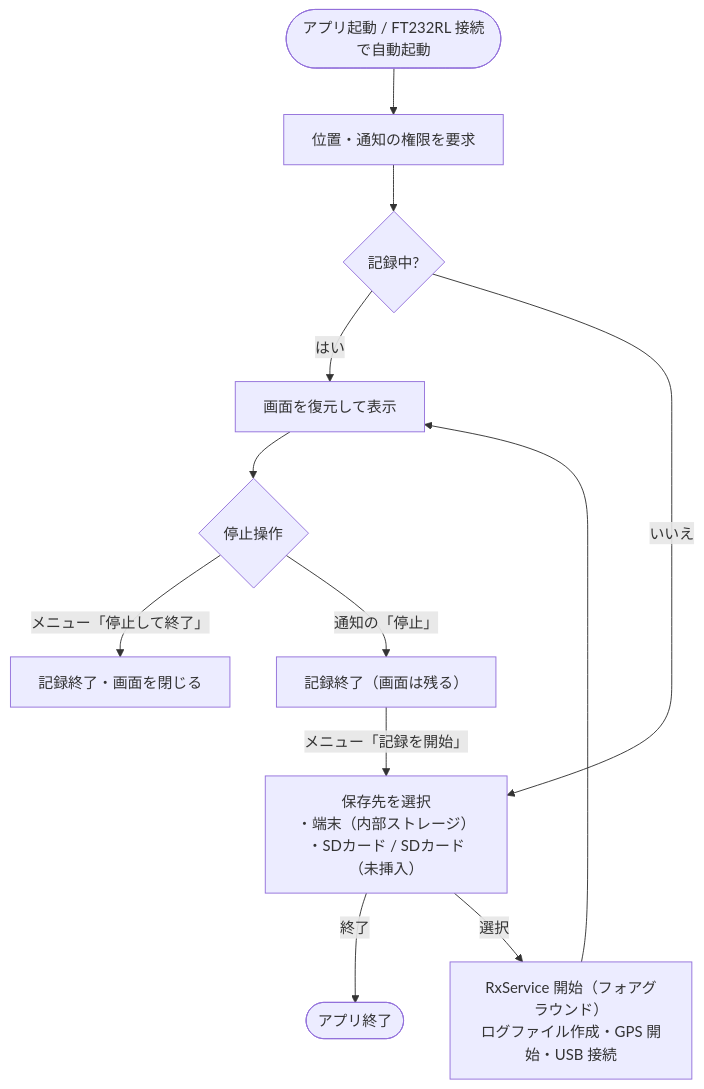
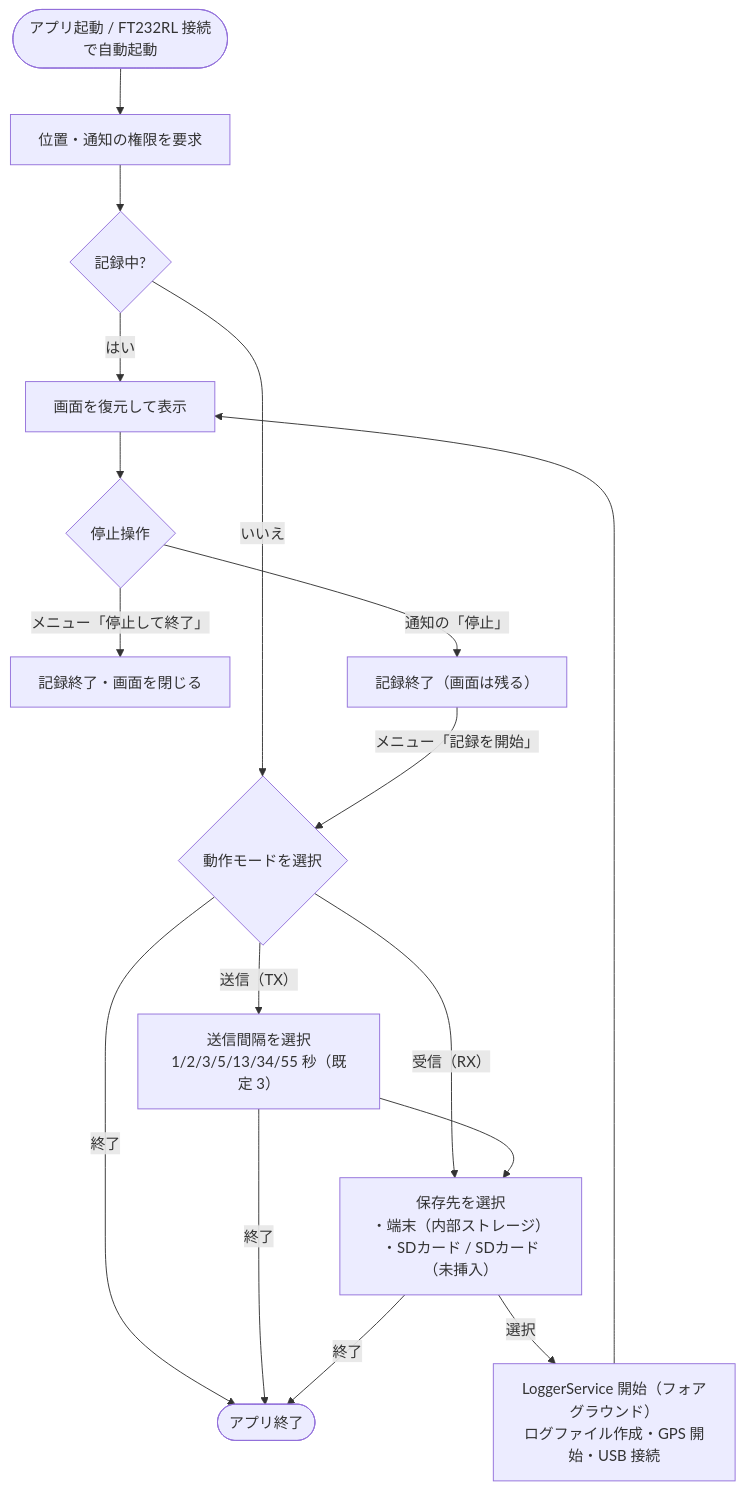
One commit to saikun/S220 changed the diagram in S220/docs/specification.md. Above: the diagram before and after it, drawn with Mermaid. The commit also changed other lines of this file and 17 other files, not shown here.

````diff
--- a/S220/docs/specification.md
+++ b/S220/docs/specification.md
@@ -155,14 +155,19 @@
 ```mermaid
 flowchart TD
     A([アプリ起動 / FT232RL 接続で自動起動]) --> B[位置・通知の権限を要求]
     B --> C{記録中?}
     C -- はい --> V[画面を復元して表示]
-    C -- いいえ --> D["保存先を選択<br/>・端末（内部ストレージ）<br/>・SDカード / SDカード（未挿入）"]
+    C -- いいえ --> M{"動作モードを選択"}
+    M -- "受信（RX）" --> D["保存先を選択<br/>・端末（内部ストレージ）<br/>・SDカード / SDカード（未挿入）"]
+    M -- "送信（TX）" --> I["送信間隔を選択<br/>1/2/3/5/13/34/55 秒（既定 3）"]
+    I --> D
+    M -- 終了 --> X
+    I -- 終了 --> X
     D -- 終了 --> X([アプリ終了])
-    D -- 選択 --> E["RxService 開始（フォアグラウンド）<br/>ログファイル作成・GPS 開始・USB 接続"]
+    D -- 選択 --> E["LoggerService 開始（フォアグラウンド）<br/>ログファイル作成・GPS 開始・USB 接続"]
     E --> V
     V --> F{停止操作}
     F -- "メニュー「停止して終了」" --> G[記録終了・画面を閉じる]
     F -- "通知の「停止」" --> H[記録終了（画面は残る）]
-    H -- "メニュー「記録を開始」" --> D
+    H -- "メニュー「記録を開始」" --> M
 ```
````
